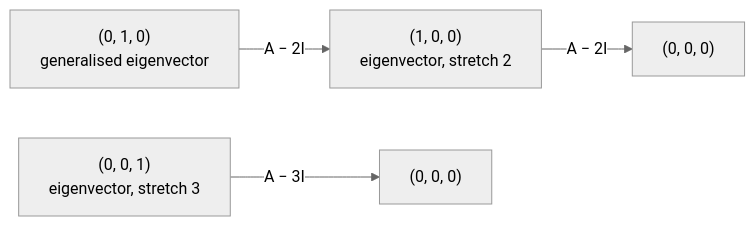
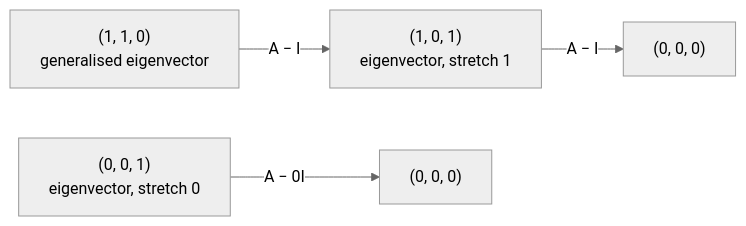
One commit to wappy-x/Mathematics changed the diagram in Cards/03-Algebra/07-Eigenvalues and Symmetric Matrices/09-generalised-eigenvectors.md. Above: the diagram before and after it, drawn with Mermaid (neutral theme). The commit also changed other lines of this file and 26 other files, not shown here.

````diff
--- a/Cards/03-Algebra/07-Eigenvalues and Symmetric Matrices/09-generalised-eigenvectors.md
+++ b/Cards/03-Algebra/07-Eigenvalues and Symmetric Matrices/09-generalised-eigenvectors.md
@@ -23,6 +27,6 @@
 ```mermaid
 flowchart LR
-    Y["(0, 1, 0)<br/>generalised eigenvector"] -->|"A − 2I"| X["(1, 0, 0)<br/>eigenvector, stretch 2"]
-    X -->|"A − 2I"| O1["(0, 0, 0)"]
-    W["(0, 0, 1)<br/>eigenvector, stretch 3"] -->|"A − 3I"| O2["(0, 0, 0)"]
+    Y["(1, 1, 0)<br/>generalised eigenvector"] -->|"A − I"| X["(1, 0, 1)<br/>eigenvector, stretch 1"]
+    X -->|"A − I"| O1["(0, 0, 0)"]
+    W["(0, 0, 1)<br/>eigenvector, stretch 0"] -->|"A − 0I"| O2["(0, 0, 0)"]
 ```
````
